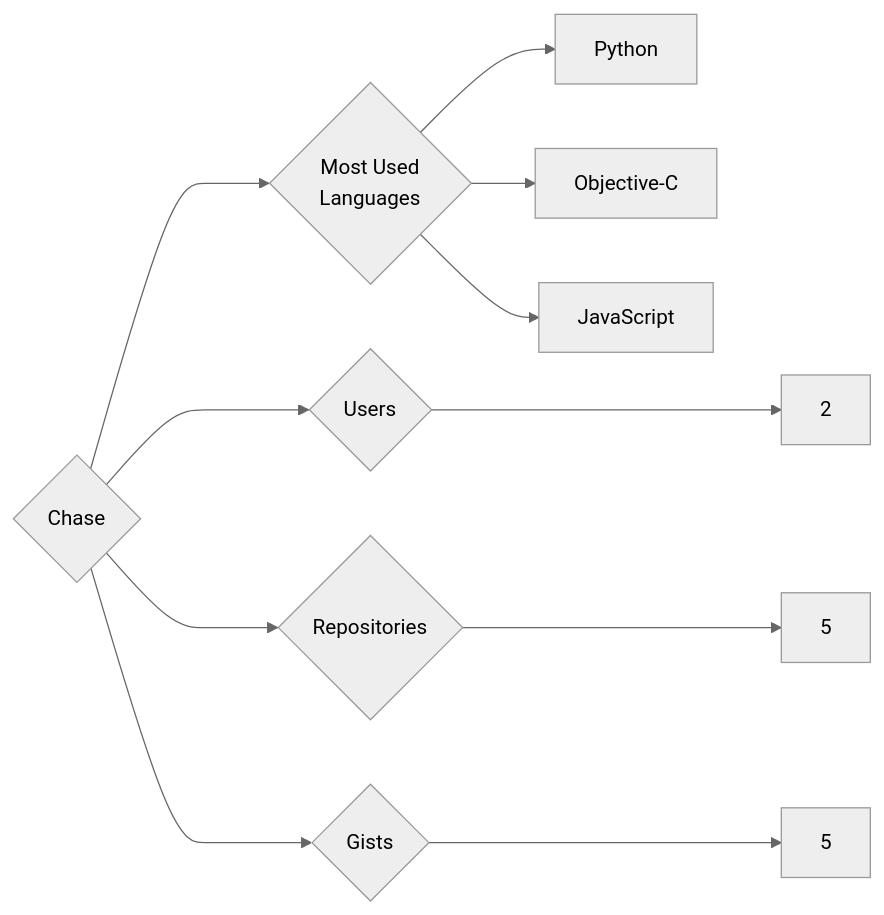
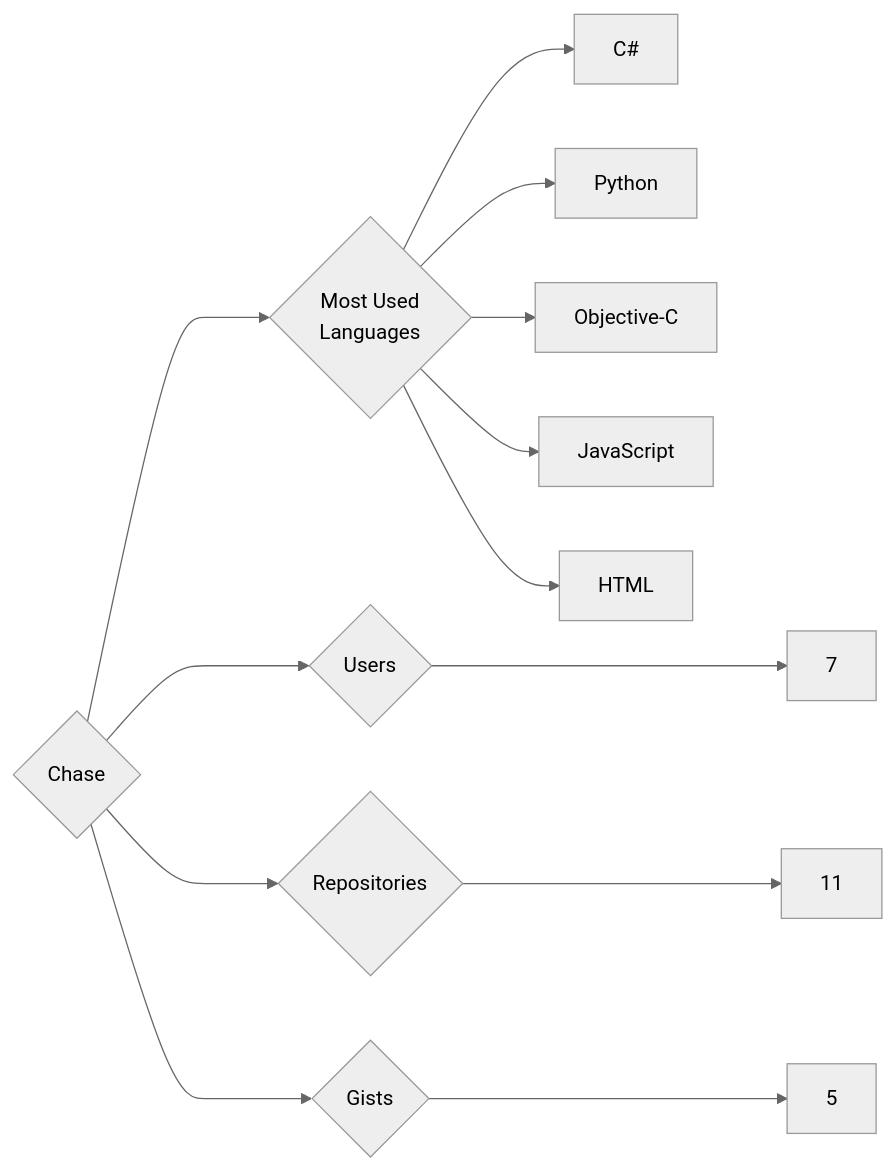
Before and after one commit to trickest/insiders: the diagram in targets/Chase/README.md, drawn with Mermaid (neutral theme). The commit also changed 985 other files, not shown here.

````diff
--- a/targets/Chase/README.md
+++ b/targets/Chase/README.md
@@ -3,11 +3,13 @@
 ```mermaid
 graph LR
 COMPANY_NAME{Chase}
-COMPANY_NAME ---> U{Users} ---> UN[2]
-COMPANY_NAME ---> R{Repositories} ---> RN[5]
+COMPANY_NAME ---> U{Users} ---> UN[7]
+COMPANY_NAME ---> R{Repositories} ---> RN[11]
 COMPANY_NAME ---> G{Gists} ---> GN[5]
 COMPANY_NAME ---> ML{Most Used<br>Languages}
+ML --> C#[C#]
 ML --> Python[Python]
 ML --> Objective-C[Objective-C]
 ML --> JavaScript[JavaScript]
+ML --> HTML[HTML]
 ```
````
